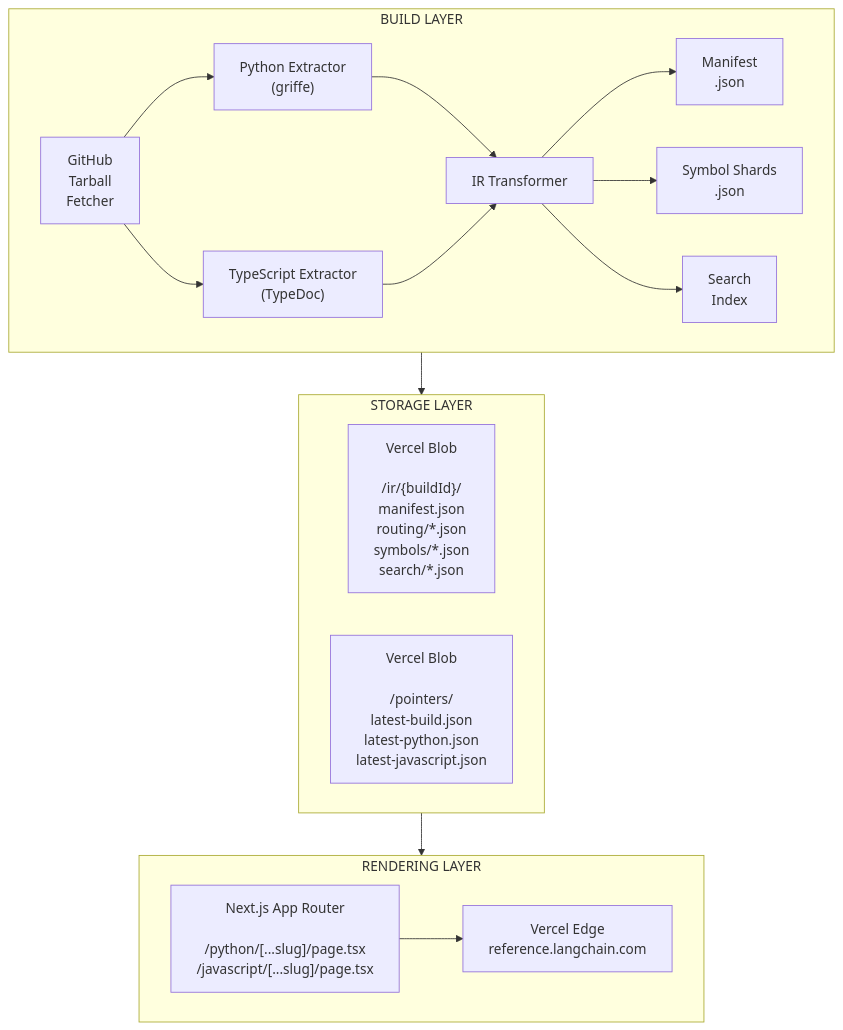
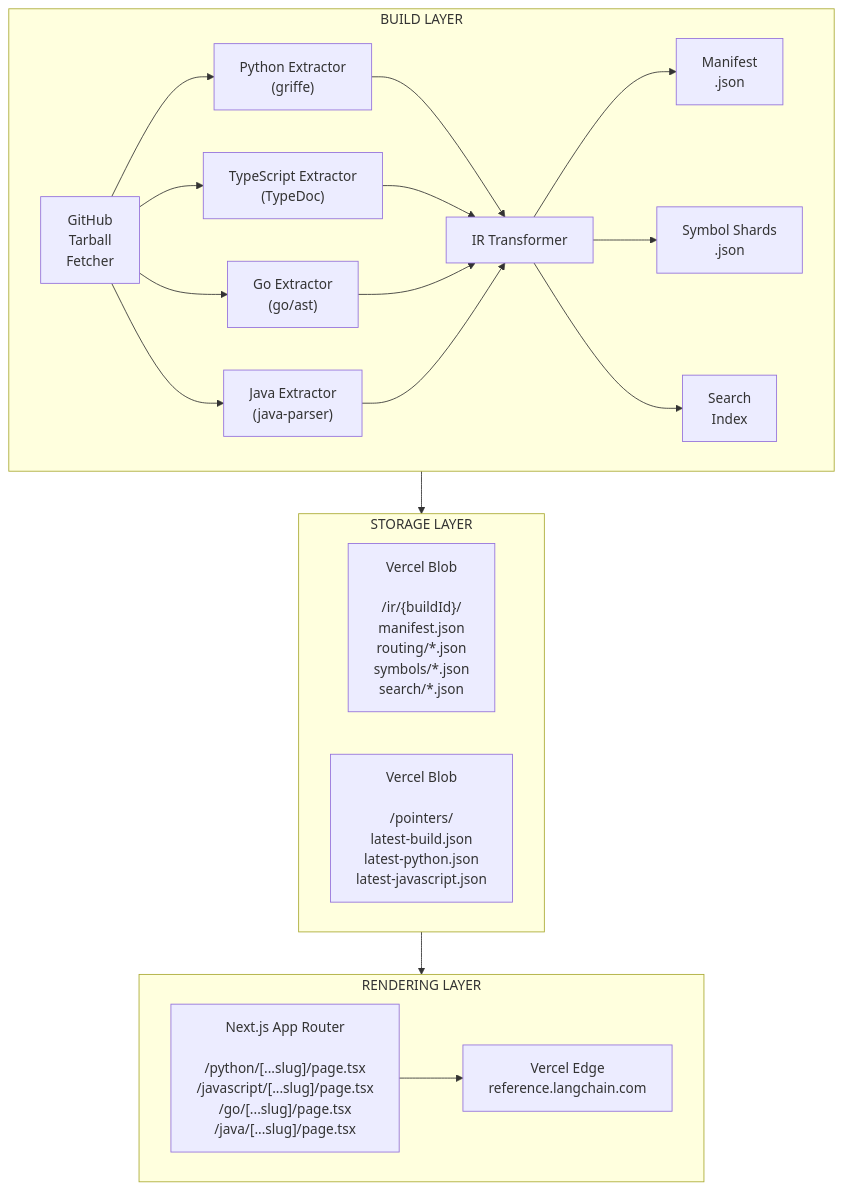
Before and after one commit to christian-bromann/langchain-references: the diagram in README.md, drawn with Mermaid. The commit also changed other lines of this file, not shown here.

````diff
--- a/README.md
+++ b/README.md
@@ -26,35 +28,41 @@
 ```mermaid
 flowchart TB
     subgraph BUILD["BUILD LAYER"]
         GH["GitHub<br/>Tarball<br/>Fetcher"]
         PY["Python Extractor<br/>(griffe)"]
         TS["TypeScript Extractor<br/>(TypeDoc)"]
+        GO["Go Extractor<br/>(go/ast)"]
+        JV["Java Extractor<br/>(java-parser)"]
         IR["IR Transformer"]
         MF["Manifest<br/>.json"]
         SY["Symbol Shards<br/>.json"]
         SE["Search<br/>Index"]
 
         GH --> PY
         GH --> TS
+        GH --> GO
+        GH --> JV
         PY --> IR
         TS --> IR
+        GO --> IR
+        JV --> IR
         IR --> MF
         IR --> SY
         IR --> SE
     end
 
     subgraph STORAGE["STORAGE LAYER"]
         BLOB["Vercel Blob<br/><br/>/ir/{buildId}/<br/>manifest.json<br/>routing/*.json<br/>symbols/*.json<br/>search/*.json"]
         PTRS["Vercel Blob<br/><br/>/pointers/<br/>latest-build.json<br/>latest-python.json<br/>latest-javascript.json"]
     end
 
     subgraph RENDER["RENDERING LAYER"]
-        NEXT["Next.js App Router<br/><br/>/python/[...slug]/page.tsx<br/>/javascript/[...slug]/page.tsx"]
+        NEXT["Next.js App Router<br/><br/>/python/[...slug]/page.tsx<br/>/javascript/[...slug]/page.tsx<br/>/go/[...slug]/page.tsx<br/>/java/[...slug]/page.tsx"]
         EDGE["Vercel Edge<br/>reference.langchain.com"]
 
         NEXT --> EDGE
     end
 
     BUILD --> STORAGE
     STORAGE --> RENDER
 ```
````
